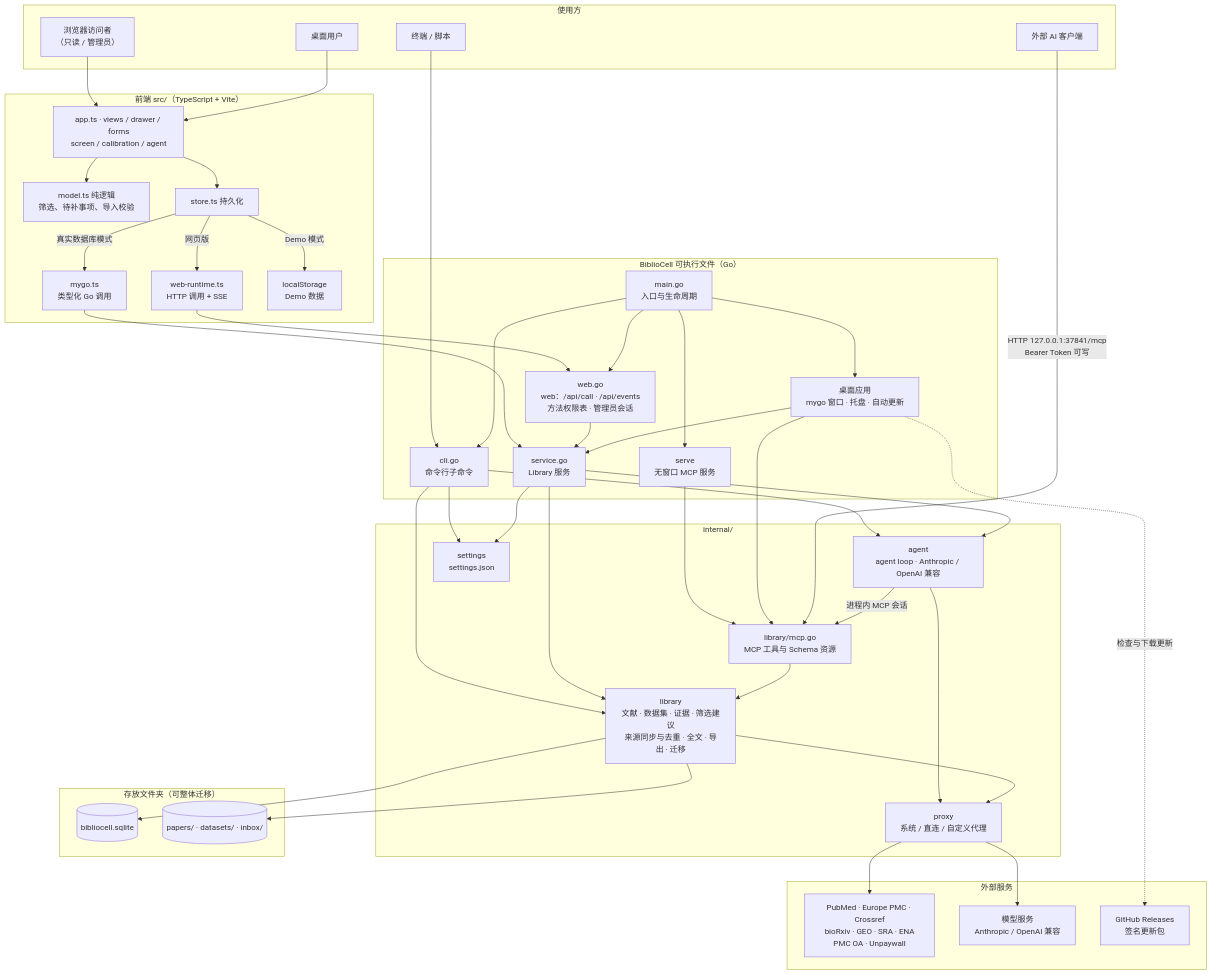
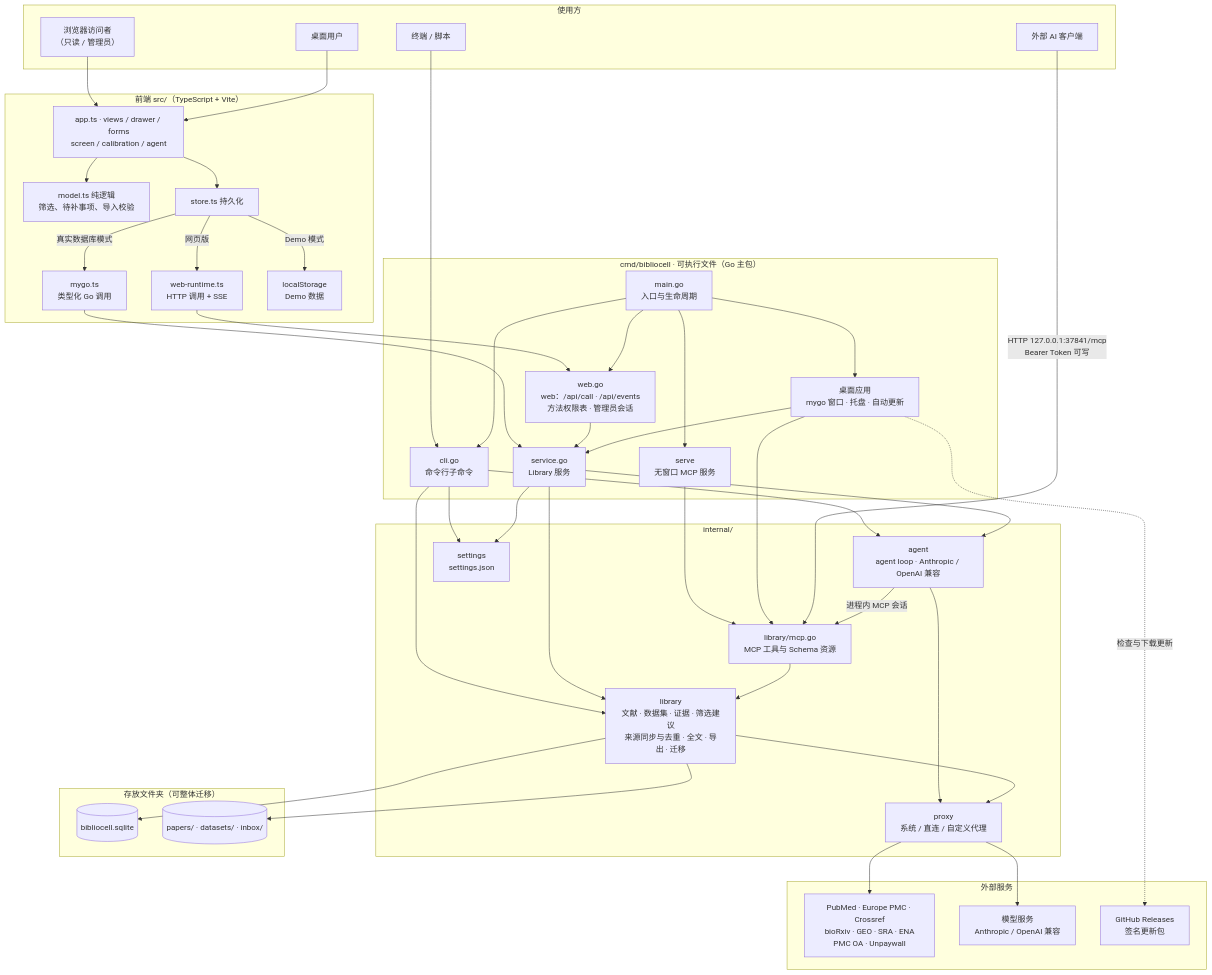
Before and after one commit to xuzhougeng/BiblioCell: the diagram in README.md, drawn with Mermaid. The commit also changed 29 other files, not shown here.

First line of the commit message:
refactor: move the Go main package to cmd/bibliocell

```diff
--- a/README.md
+++ b/README.md
@@ -62,7 +62,7 @@
         storeTs -->|Demo 模式| demo
     end
 
-    subgraph binary["BiblioCell 可执行文件（Go）"]
+    subgraph binary["cmd/bibliocell · 可执行文件（Go 主包）"]
         mainGo["main.go<br/>入口与生命周期"]
         desktop["桌面应用<br/>mygo 窗口 · 托盘 · 自动更新"]
         cli["cli.go<br/>命令行子命令"]
```
